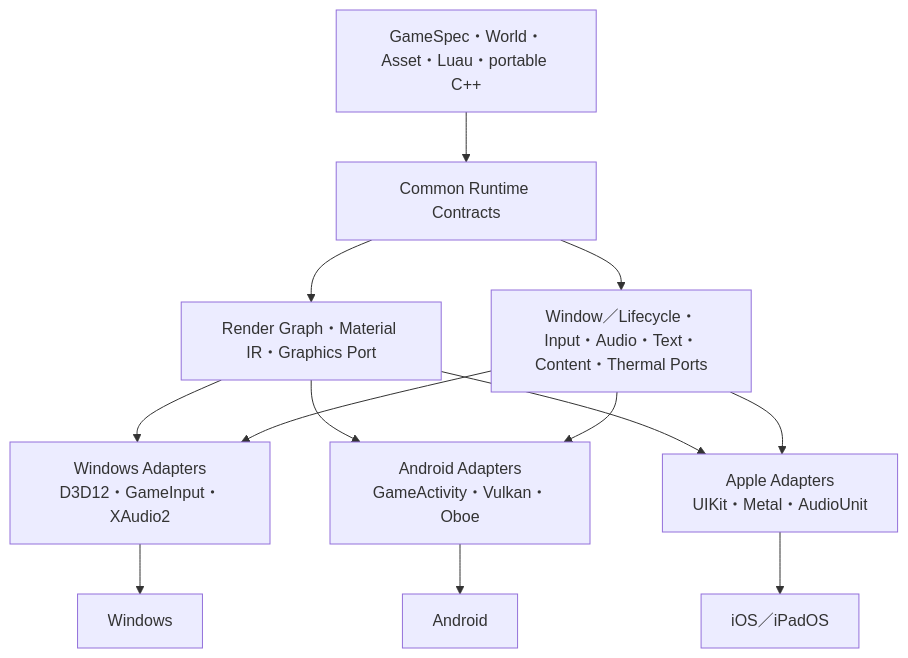
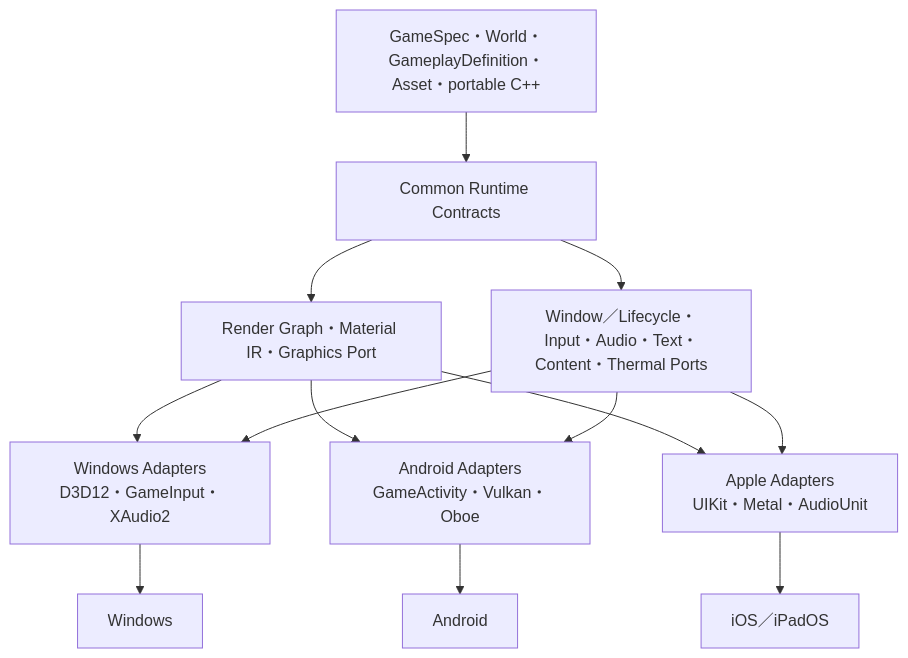
Before and after one commit to y2ikgm89/miraikanai-engine: the diagram in docs/superpowers/specs/2026-07-19-mobile-platform-architecture-design.md, drawn with Mermaid. The commit also changed other lines of this file and 10 other files, not shown here.

Commit message:
docs: adopt C++ and structured game data architecture

````diff
--- a/docs/superpowers/specs/2026-07-19-mobile-platform-architecture-design.md
+++ b/docs/superpowers/specs/2026-07-19-mobile-platform-architecture-design.md
@@ -243,26 +245,26 @@
 ```mermaid
 flowchart TB
-  Project["GameSpec・World・Asset・Luau・portable C++"]
+  Project["GameSpec・World・GameplayDefinition・Asset・portable C++"]
   Contracts["Common Runtime Contracts"]
   Render["Render Graph・Material IR・Graphics Port"]
   Platform["Window／Lifecycle・Input・Audio・Text・Content・Thermal Ports"]
   Win["Windows Adapters\nD3D12・GameInput・XAudio2"]
   Android["Android Adapters\nGameActivity・Vulkan・Oboe"]
   Apple["Apple Adapters\nUIKit・Metal・AudioUnit"]
   OS1["Windows"]
   OS2["Android"]
   OS3["iOS／iPadOS"]
 
   Project --> Contracts
   Contracts --> Render
   Contracts --> Platform
   Render --> Win
   Render --> Android
   Render --> Apple
   Platform --> Win
   Platform --> Android
   Platform --> Apple
   Win --> OS1
   Android --> OS2
   Apple --> OS3
 ```
````
